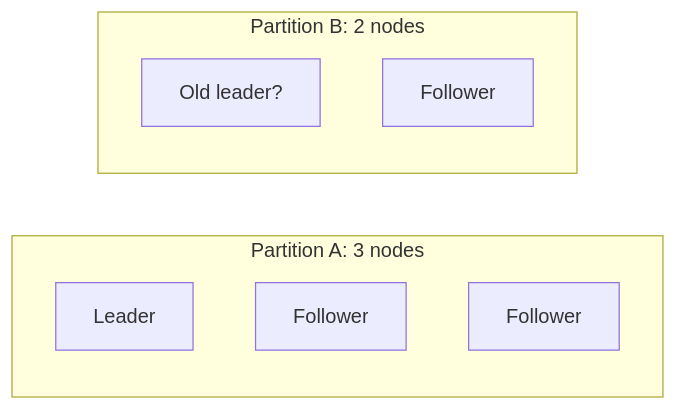
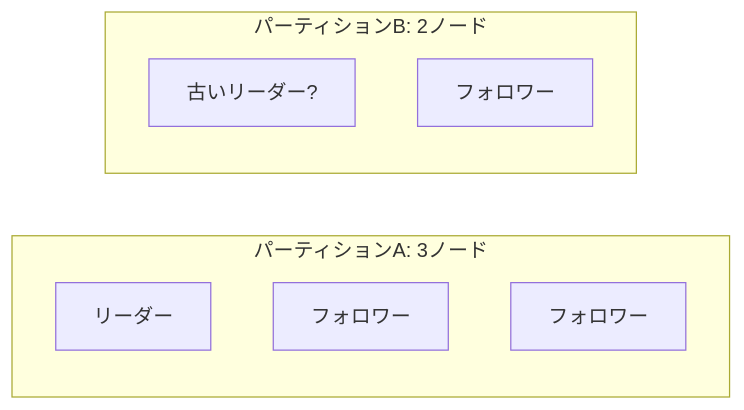
One commit to hirunebot/database-systems-book changed the fifth of 6 diagrams in src/content/docs/05-distributed-db/14-consensus-raft.md. Above: the diagram before and after it, drawn with Mermaid. The commit also changed other lines of this file and 42 other files, not shown here.

````diff
--- a/src/content/docs/05-distributed-db/14-consensus-raft.md
+++ b/src/content/docs/05-distributed-db/14-consensus-raft.md
@@ -212,12 +215,12 @@
 ```mermaid
 flowchart LR
-    subgraph Majority["Partition A: 3 nodes"]
-        A1["Leader"]
-        A2["Follower"]
-        A3["Follower"]
+    subgraph Majority["パーティションA: 3ノード"]
+        A1["リーダー"]
+        A2["フォロワー"]
+        A3["フォロワー"]
     end
-    subgraph Minority["Partition B: 2 nodes"]
-        B1["Old leader?"]
-        B2["Follower"]
+    subgraph Minority["パーティションB: 2ノード"]
+        B1["古いリーダー?"]
+        B2["フォロワー"]
     end
 ```
````
